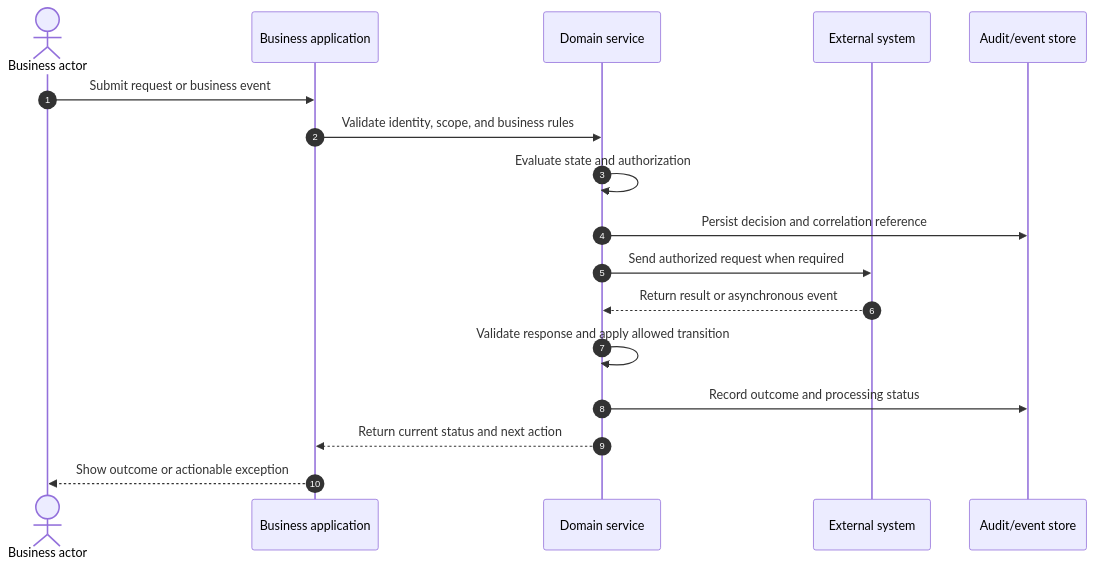
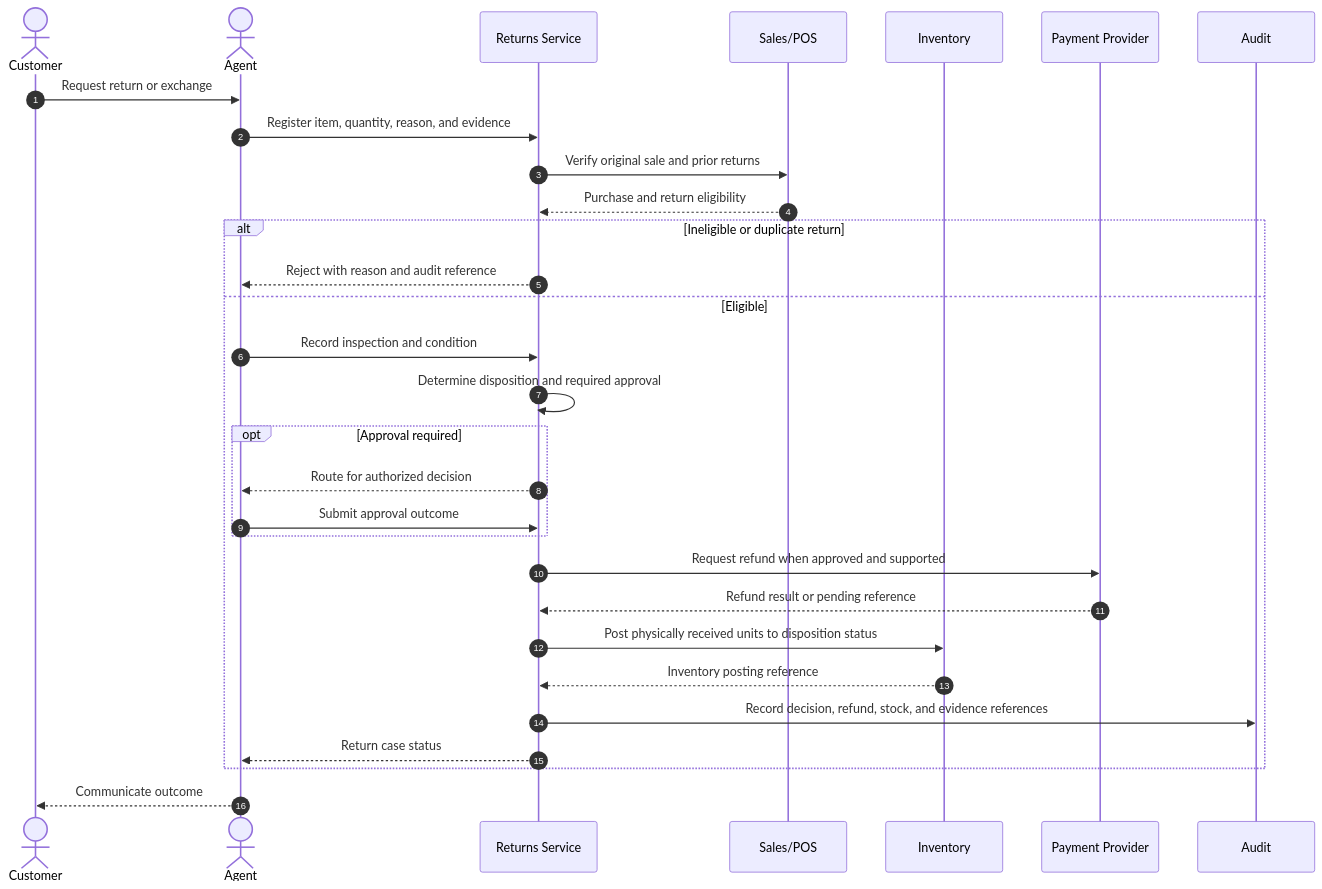
Before and after one commit to reviveproject4-source/visual-business-flows: the second of 3 diagrams in 01-retail-and-pos/returns-and-refunds.md, drawn with Mermaid. The commit also changed other lines of this file and 14 other files, not shown here.

First line of the commit message:
Align workflow diagrams with business rules and exceptions

````diff
--- a/01-retail-and-pos/returns-and-refunds.md
+++ b/01-retail-and-pos/returns-and-refunds.md
@@ -80,19 +83,32 @@
 ```mermaid
 sequenceDiagram
     autonumber
-    actor User as Business actor
-    participant App as Business application
-    participant Core as Domain service
-    participant External as External system
-    participant Audit as Audit/event store
-    User->>App: Submit request or business event
-    App->>Core: Validate identity, scope, and business rules
-    Core->>Core: Evaluate state and authorization
-    Core->>Audit: Persist decision and correlation reference
-    Core->>External: Send authorized request when required
-    External-->>Core: Return result or asynchronous event
-    Core->>Core: Validate response and apply allowed transition
-    Core->>Audit: Record outcome and processing status
-    Core-->>App: Return current status and next action
-    App-->>User: Show outcome or actionable exception
+    actor Customer
+    actor Agent
+    participant Returns as Returns Service
+    participant Sales as Sales/POS
+    participant Stock as Inventory
+    participant Pay as Payment Provider
+    participant Audit
+    Customer->>Agent: Request return or exchange
+    Agent->>Returns: Register item, quantity, reason, and evidence
+    Returns->>Sales: Verify original sale and prior returns
+    Sales-->>Returns: Purchase and return eligibility
+    alt Ineligible or duplicate return
+        Returns-->>Agent: Reject with reason and audit reference
+    else Eligible
+        Agent->>Returns: Record inspection and condition
+        Returns->>Returns: Determine disposition and required approval
+        opt Approval required
+            Returns-->>Agent: Route for authorized decision
+            Agent->>Returns: Submit approval outcome
+        end
+        Returns->>Pay: Request refund when approved and supported
+        Pay-->>Returns: Refund result or pending reference
+        Returns->>Stock: Post physically received units to disposition status
+        Stock-->>Returns: Inventory posting reference
+        Returns->>Audit: Record decision, refund, stock, and evidence references
+        Returns-->>Agent: Return case status
+    end
+    Agent-->>Customer: Communicate outcome
 ```
````
